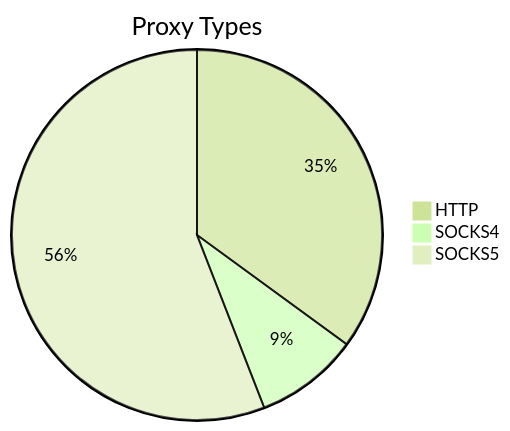
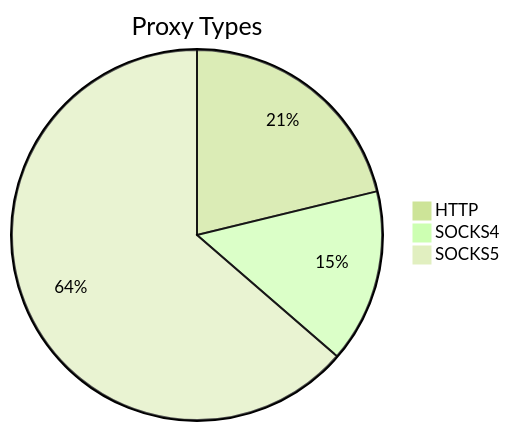
One commit to stormsia/proxy-list changed the first of 2 diagrams in README.md. Above: the diagram before and after it, drawn with Mermaid (forest theme). The commit also changed other lines of this file, not shown here.

````diff
--- a/README.md
+++ b/README.md
@@ -21,6 +21,6 @@
 ```mermaid
 pie title Proxy Types
-    "HTTP" : 89
-    "SOCKS4" : 23
-    "SOCKS5" : 142
+    "HTTP" : 84
+    "SOCKS4" : 60
+    "SOCKS5" : 252
 ```
````
